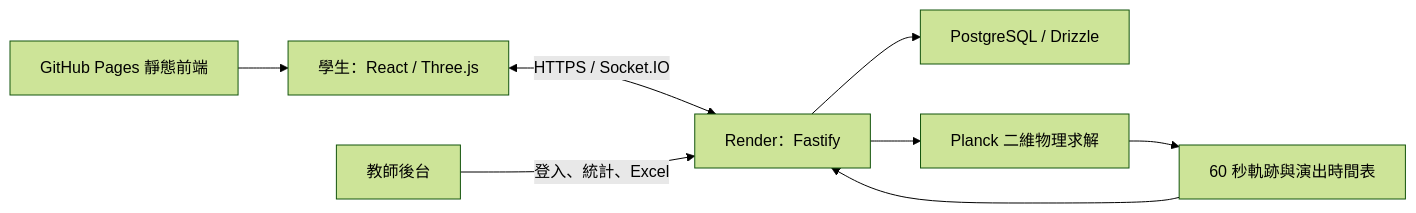
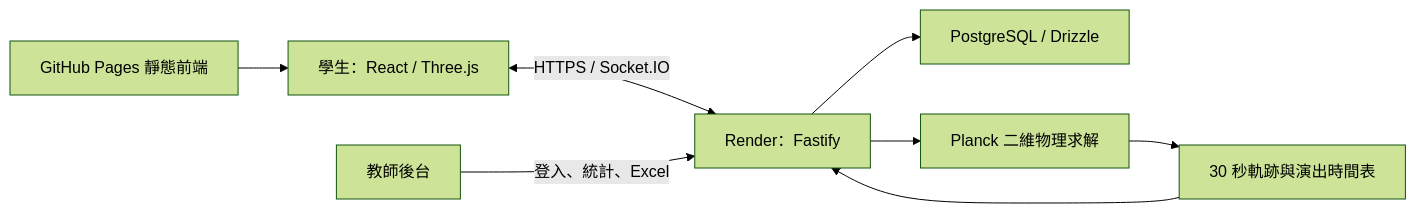
Before and after one commit to YuenHK/Bayblad-Simulator: the diagram in README.md, drawn with Mermaid (forest theme). The commit also changed other lines of this file and 28 other files, not shown here.

````diff
--- a/README.md
+++ b/README.md
@@ -41,10 +42,10 @@
 ```mermaid
 flowchart LR
     G[GitHub Pages 靜態前端] --> S[學生：React / Three.js]
     S <-->|HTTPS / Socket.IO| A[Render：Fastify]
     T[教師後台] -->|登入、統計、Excel| A
     A --> D[PostgreSQL / Drizzle]
     A --> P[Planck 二維物理求解]
-    P --> C[60 秒軌跡與演出時間表]
+    P --> C[30 秒軌跡與演出時間表]
     C --> A
 ```
````
